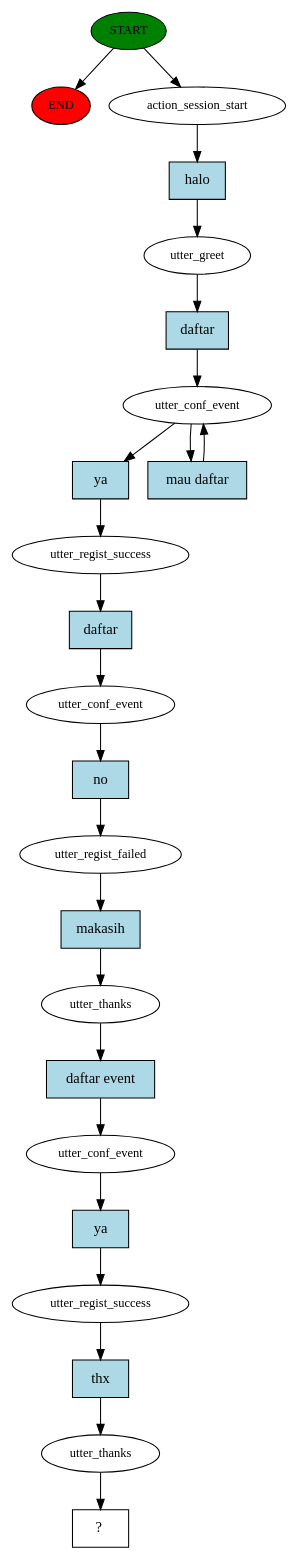
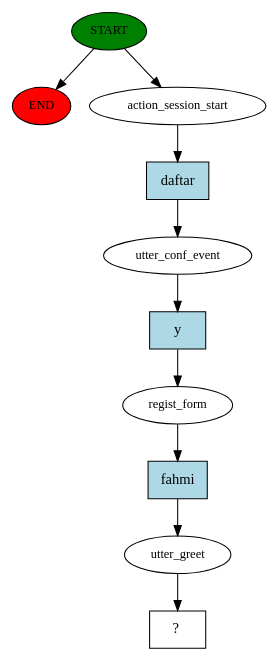
One commit to milooprojectid/rasa-chatbot changed the diagram in story_graph.dot. Above: the diagram before and after it, drawn with Graphviz. The commit also changed 5 other files, not shown here.

```diff
--- a/story_graph.dot
+++ b/story_graph.dot
@@ -1,48 +1,21 @@
 digraph  {
 0 [class="start active", fillcolor=green, fontsize=12, label=START, style=filled];
 "-1" [class=end, fillcolor=red, fontsize=12, label=END, style=filled];
 1 [class=active, fontsize=12, label=action_session_start];
-2 [class=active, fontsize=12, label=utter_greet];
-3 [class=active, fontsize=12, label=utter_conf_event];
-5 [class=active, fontsize=12, label=utter_regist_success];
-6 [class=active, fontsize=12, label=utter_conf_event];
-7 [class=active, fontsize=12, label=utter_regist_failed];
-8 [class=active, fontsize=12, label=utter_thanks];
-9 [class=active, fontsize=12, label=utter_conf_event];
-10 [class=active, fontsize=12, label=utter_regist_success];
-11 [class=active, fontsize=12, label=utter_thanks];
-12 [class="intent dashed active", label="  ?  ", shape=rect];
-13 [class="intent active", fillcolor=lightblue, label=halo, shape=rect, style=filled];
-14 [class="intent active", fillcolor=lightblue, label=daftar, shape=rect, style=filled];
-15 [class="intent active", fillcolor=lightblue, label=ya, shape=rect, style=filled];
-16 [class="intent active", fillcolor=lightblue, label="mau daftar", shape=rect, style=filled];
-17 [class="intent active", fillcolor=lightblue, label=daftar, shape=rect, style=filled];
-18 [class="intent active", fillcolor=lightblue, label=no, shape=rect, style=filled];
-19 [class="intent active", fillcolor=lightblue, label=makasih, shape=rect, style=filled];
-20 [class="intent active", fillcolor=lightblue, label="daftar event", shape=rect, style=filled];
-21 [class="intent active", fillcolor=lightblue, label=ya, shape=rect, style=filled];
-22 [class="intent active", fillcolor=lightblue, label=thx, shape=rect, style=filled];
+2 [class=active, fontsize=12, label=utter_conf_event];
+3 [class=active, fontsize=12, label=regist_form];
+4 [class=active, fontsize=12, label=utter_greet];
+5 [class="intent dashed active", label="  ?  ", shape=rect];
+6 [class="intent active", fillcolor=lightblue, label=daftar, shape=rect, style=filled];
+7 [class="intent active", fillcolor=lightblue, label=y, shape=rect, style=filled];
+8 [class="intent active", fillcolor=lightblue, label=fahmi, shape=rect, style=filled];
 0 -> "-1"  [class="", key=NONE, label=""];
 0 -> 1  [class=active, key=NONE, label=""];
-1 -> 13  [class=active, key=0];
-2 -> 14  [class=active, key=0];
-3 -> 15  [class=active, key=0];
-3 -> 16  [class=active, key=0];
-5 -> 17  [class=active, key=0];
-6 -> 18  [class=active, key=0];
-7 -> 19  [class=active, key=0];
-8 -> 20  [class=active, key=0];
-9 -> 21  [class=active, key=0];
-10 -> 22  [class=active, key=0];
-11 -> 12  [class=active, key=NONE, label=""];
-13 -> 2  [class=active, key=0];
-14 -> 3  [class=active, key=0];
-15 -> 5  [class=active, key=0];
-16 -> 3  [class=active, key=0];
-17 -> 6  [class=active, key=0];
-18 -> 7  [class=active, key=0];
-19 -> 8  [class=active, key=0];
-20 -> 9  [class=active, key=0];
-21 -> 10  [class=active, key=0];
-22 -> 11  [class=active, key=0];
+1 -> 6  [class=active, key=0];
+2 -> 7  [class=active, key=0];
+3 -> 8  [class=active, key=0];
+4 -> 5  [class=active, key=NONE, label=""];
+6 -> 2  [class=active, key=0];
+7 -> 3  [class=active, key=0];
+8 -> 4  [class=active, key=0];
 }
```
